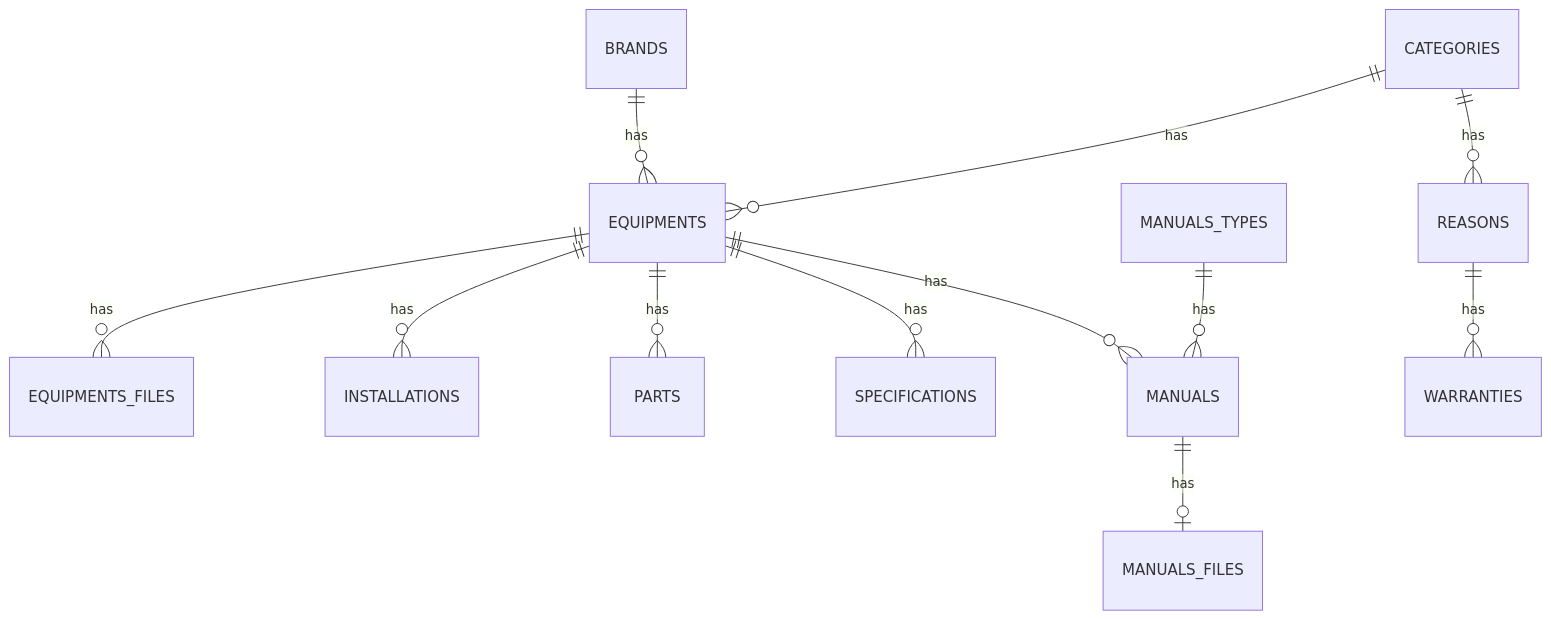
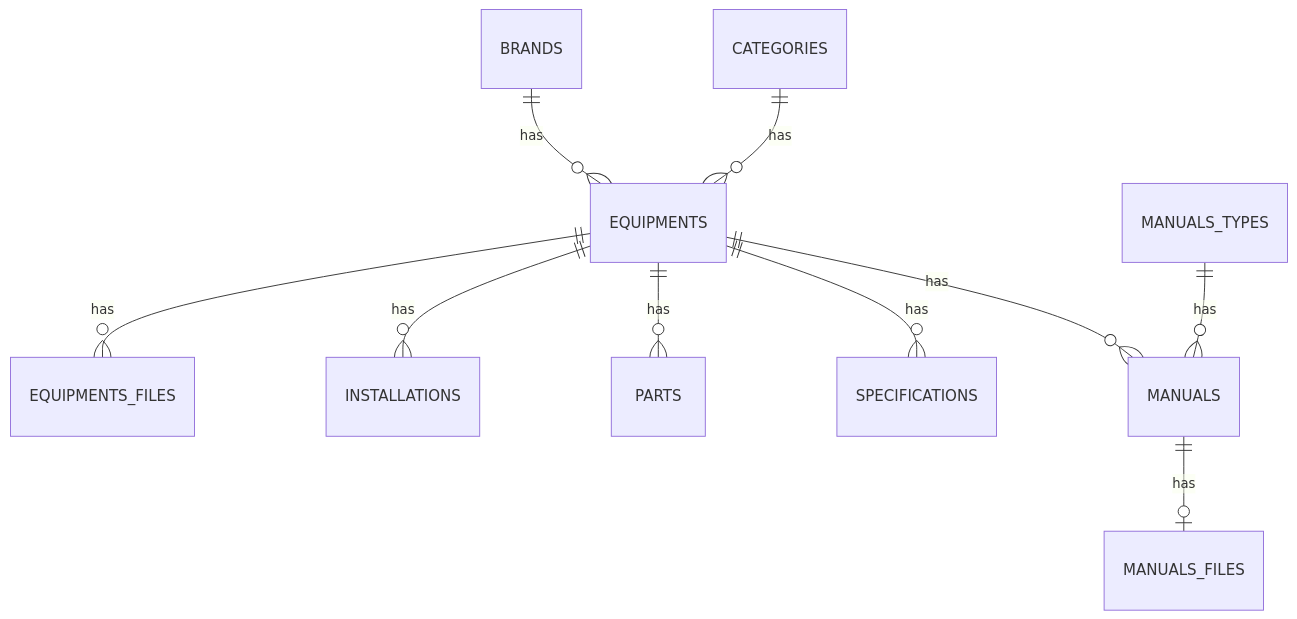
Before and after one commit to Juandiego001/lab-dental: the fourth of 39 diagrams in docs/db/db.md, drawn with Mermaid. The commit also changed other lines of this file and 47 other files, not shown here.

````diff
--- a/docs/db/db.md
+++ b/docs/db/db.md
@@ -103,14 +105,12 @@
 ```mermaid
 erDiagram
     BRANDS ||--o{ EQUIPMENTS : has
     CATEGORIES ||--o{ EQUIPMENTS : has
     EQUIPMENTS ||--o{ EQUIPMENTS_FILES : has
     EQUIPMENTS ||--o{ INSTALLATIONS : has
     EQUIPMENTS ||--o{ PARTS : has
     EQUIPMENTS ||--o{ SPECIFICATIONS : has
     EQUIPMENTS ||--o{ MANUALS : has
     MANUALS_TYPES ||--o{ MANUALS : has
     MANUALS ||--o| MANUALS_FILES : has
-    CATEGORIES ||--o{ REASONS : has
-    REASONS ||--o{ WARRANTIES : has
 ```
````
